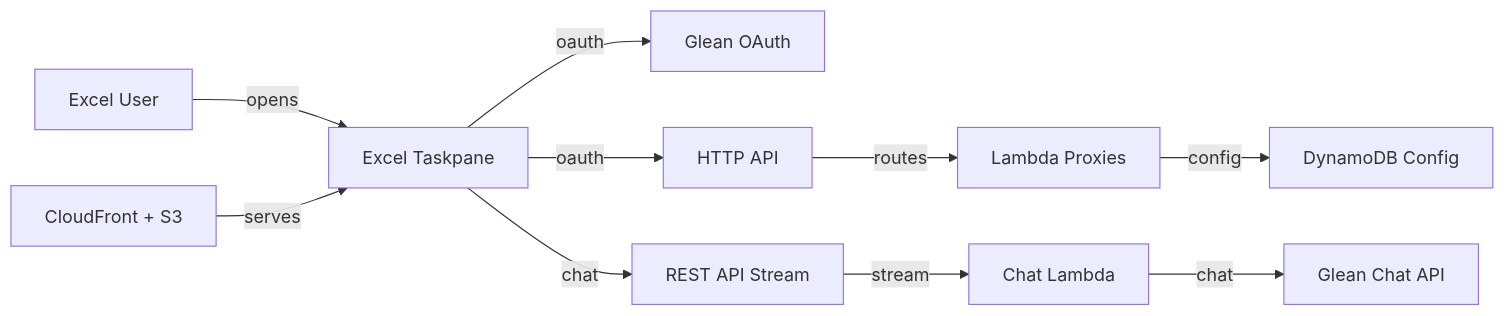
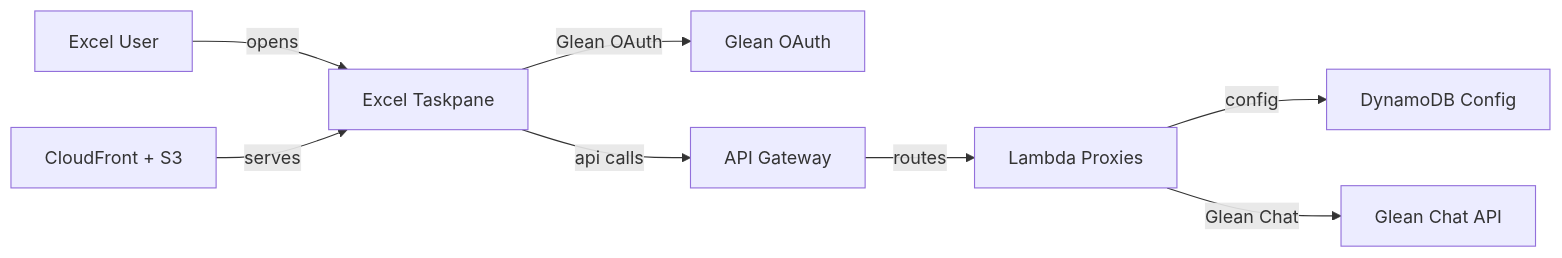
One commit to gleanwork/sl-glean-microsoft-excel-addin changed the diagram in SOLUTION.md. Above: the diagram before and after it, drawn with Mermaid. The commit also changed other lines of this file, not shown here.

````diff
--- a/SOLUTION.md
+++ b/SOLUTION.md
@@ -55,12 +56,10 @@
 ```mermaid
 graph LR
   User["Excel User"] -->|"opens"| Addin["Excel Taskpane"]
   Static["CloudFront + S3"] -->|"serves"| Addin
-  Addin -->|"oauth"| OAuth["Glean OAuth"]
-  Addin -->|"oauth"| Api["HTTP API"]
-  Addin -->|"chat"| RestApi["REST API Stream"]
+  Addin -->|"Glean OAuth"| OAuth["Glean OAuth"]
+  Addin -->|"api calls"| Api["API Gateway"]
   Api -->|"routes"| Lambdas["Lambda Proxies"]
-  RestApi -->|"stream"| ChatLambda["Chat Lambda"]
   Lambdas -->|"config"| Dynamo["DynamoDB Config"]
-  ChatLambda -->|"chat"| Chat["Glean Chat API"]
+  Lambdas -->|"Glean Chat"| Chat["Glean Chat API"]
 ```
````
